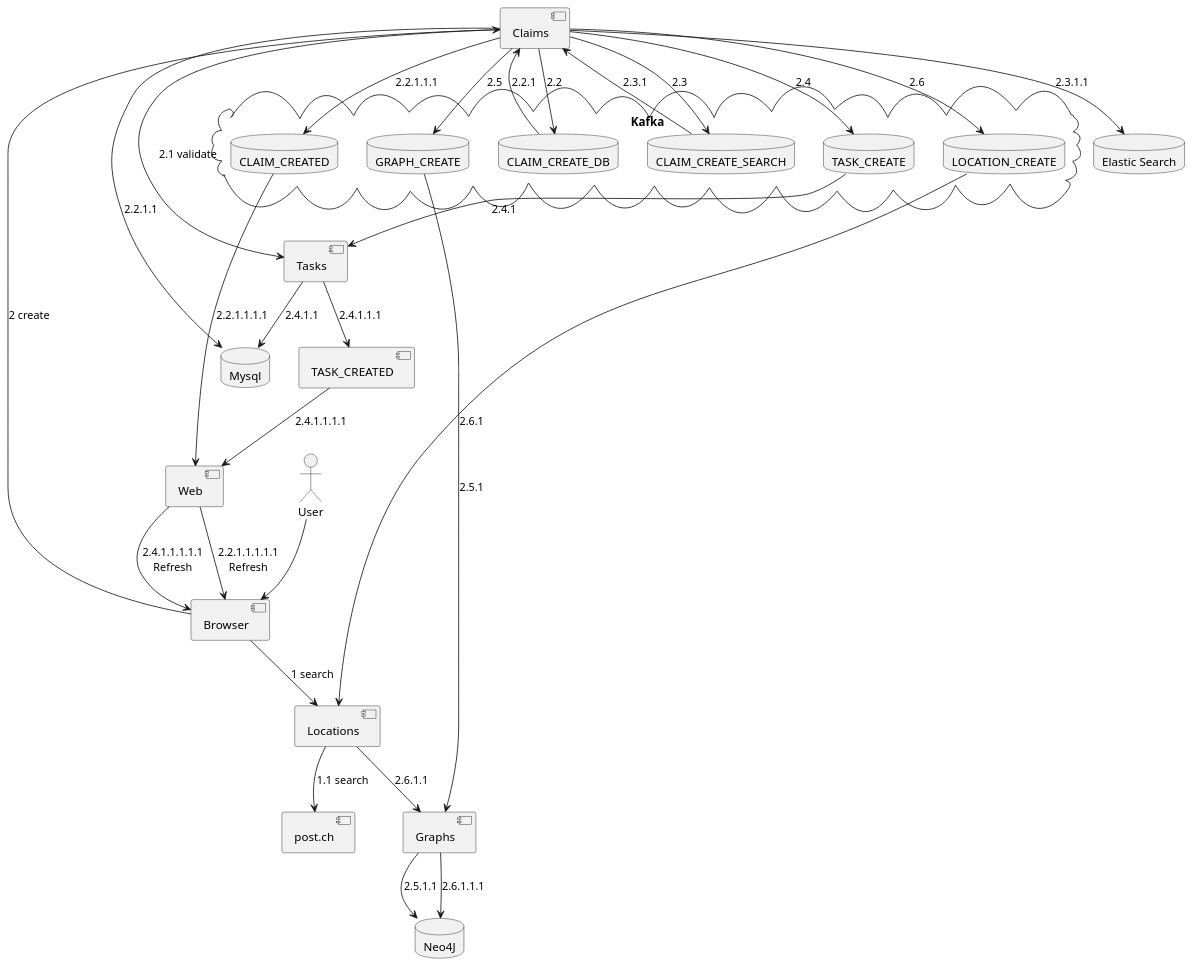
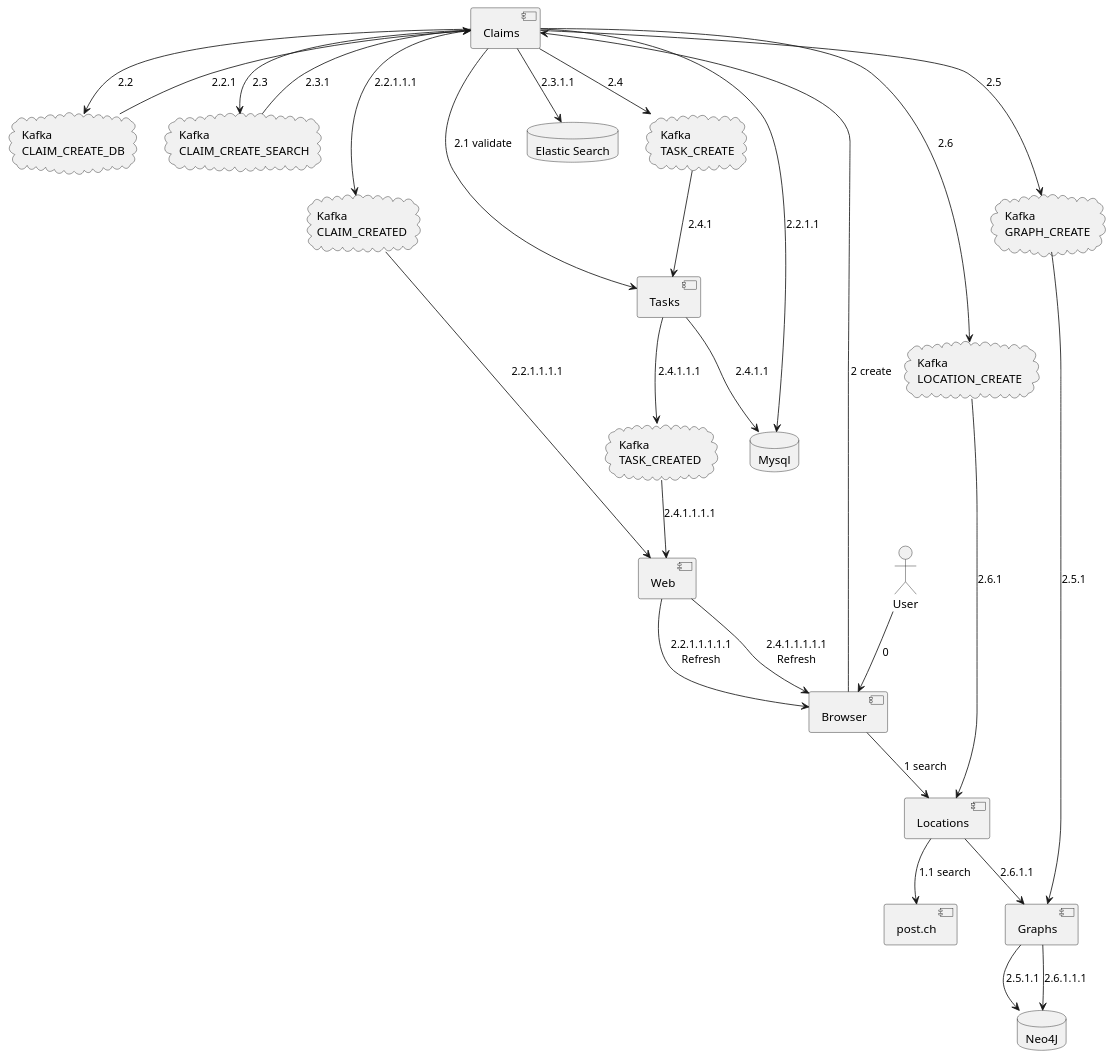
Before and after one commit to maxant/kafka-data-consistency: the diagram in architecture_create_claim.puml, drawn with PlantUML. The commit also changed 1 other file, not shown here.

Commit message:
added uml

```diff
--- a/architecture_create_claim.puml
+++ b/architecture_create_claim.puml
@@ -1,51 +1,52 @@
 @startuml
 
 skinparam componentStyle uml2
 
 database Mysql
 database Neo4J
 database "Elastic Search"
-cloud Kafka {
-    database CLAIM_CREATE_DB
-    database CLAIM_CREATE_SEARCH
-    database TASK_CREATE
-    database LOCATION_CREATE
-    database CLAIM_CREATED
-    database GRAPH_CREATE
-}
+
+cloud "Kafka\nCLAIM_CREATE_DB"
+cloud "Kafka\nCLAIM_CREATE_SEARCH"
+cloud "Kafka\nTASK_CREATE"
+cloud "Kafka\nLOCATION_CREATE"
+cloud "Kafka\nCLAIM_CREATED"
+cloud "Kafka\nTASK_CREATED"
+cloud "Kafka\nGRAPH_CREATE"
+
 actor User
 
-User --> [Browser]
+User --> [Browser] : 0
 [Browser] --> [Locations] : 1 search
 [Locations] --> [post.ch] : 1.1 search
 [Browser] --> [Claims] : 2 create
 [Claims] --> [Tasks] : 2.1 validate
-[Claims] --> CLAIM_CREATE_DB : 2.2
-[Claims] --> CLAIM_CREATE_SEARCH : 2.3
-[Claims] --> TASK_CREATE : 2.4
-[Claims] --> GRAPH_CREATE : 2.5
-[Claims] --> LOCATION_CREATE : 2.6
+[Claims] --> [Kafka\nCLAIM_CREATE_DB] : 2.2
+[Claims] --> [Kafka\nCLAIM_CREATE_SEARCH] : 2.3
+[Claims] --> [Kafka\nTASK_CREATE] : 2.4
+[Claims] --> [Kafka\nGRAPH_CREATE] : 2.5
+[Claims] --> [Kafka\nLOCATION_CREATE] : 2.6
 
-[CLAIM_CREATE_DB] --> [Claims] : 2.2.1
+[Kafka\nCLAIM_CREATE_DB] --> [Claims] : 2.2.1
 [Claims] --> [Mysql] : 2.2.1.1
-[Claims] --> [CLAIM_CREATED] : 2.2.1.1.1
-[CLAIM_CREATED] --> [Web] : 2.2.1.1.1.1
+[Claims] --> [Kafka\nCLAIM_CREATED] : 2.2.1.1.1
+[Kafka\nCLAIM_CREATED] --> [Web] : 2.2.1.1.1.1
 [Web] --> [Browser] : 2.2.1.1.1.1.1\nRefresh
 
-[CLAIM_CREATE_SEARCH] --> [Claims] : 2.3.1
+[Kafka\nCLAIM_CREATE_SEARCH] --> [Claims] : 2.3.1
 [Claims] --> [Elastic Search] : 2.3.1.1
 
-[TASK_CREATE] --> [Tasks] : 2.4.1
+[Kafka\nTASK_CREATE] --> [Tasks] : 2.4.1
 [Tasks] --> [Mysql] : 2.4.1.1
-[Tasks] --> [TASK_CREATED] : 2.4.1.1.1
-[TASK_CREATED] --> [Web] : 2.4.1.1.1.1
+[Tasks] --> [Kafka\nTASK_CREATED] : 2.4.1.1.1
+[Kafka\nTASK_CREATED] --> [Web] : 2.4.1.1.1.1
 [Web] --> [Browser] : 2.4.1.1.1.1.1\nRefresh
 
-[GRAPH_CREATE] --> [Graphs] : 2.5.1
+[Kafka\nGRAPH_CREATE] --> [Graphs] : 2.5.1
 [Graphs] --> [Neo4J] : 2.5.1.1
 
-[LOCATION_CREATE] --> [Locations] : 2.6.1
+[Kafka\nLOCATION_CREATE] --> [Locations] : 2.6.1
 [Locations] --> [Graphs] : 2.6.1.1
 [Graphs] --> [Neo4J] : 2.6.1.1.1
 
 @enduml
```
